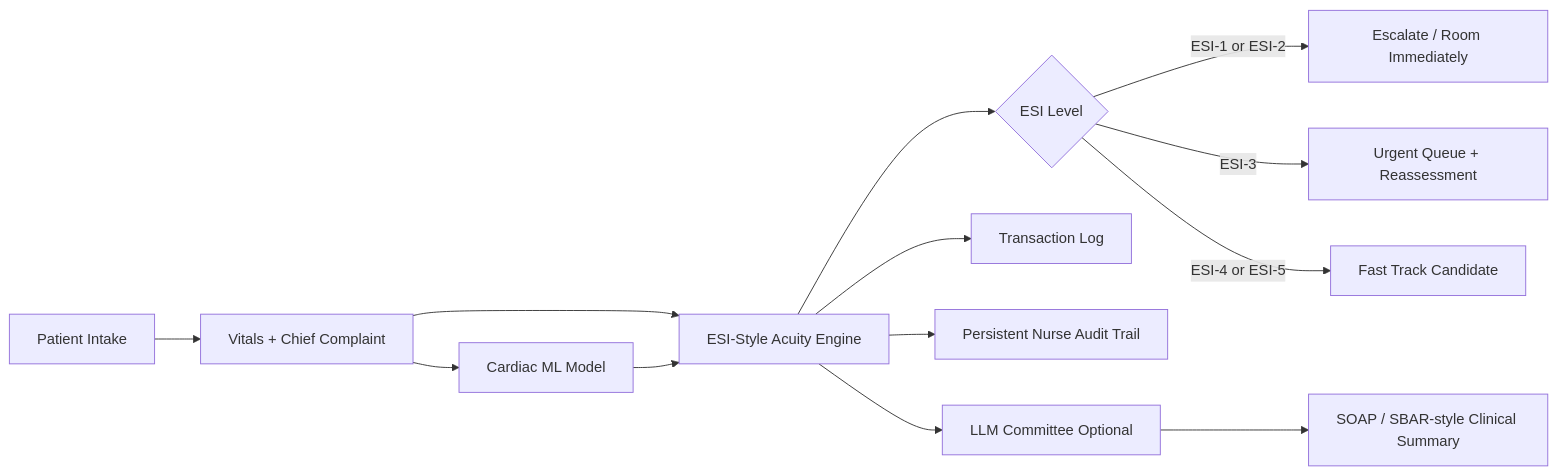
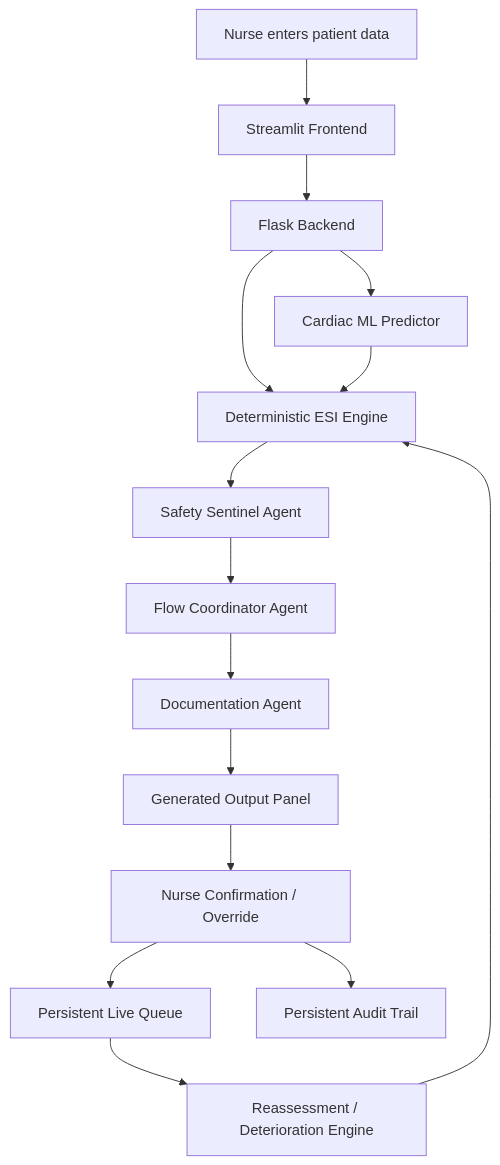
Before and after one commit to draculess99/Triage-Assist-AI: the first of 2 diagrams in README.md, drawn with Mermaid. The commit also changed other lines of this file, not shown here.

````diff
--- a/README.md
+++ b/README.md
@@ -63,15 +197,17 @@
 ```mermaid
-flowchart LR
-    A[Patient Intake] --> B[Vitals + Chief Complaint]
-    B --> C[Cardiac ML Model]
-    B --> D[ESI-Style Acuity Engine]
-    C --> D
-    D --> E{ESI Level}
-    E -->|ESI-1 or ESI-2| F[Escalate / Room Immediately]
-    E -->|ESI-3| G[Urgent Queue + Reassessment]
-    E -->|ESI-4 or ESI-5| H[Fast Track Candidate]
-    D --> I[Transaction Log]
-    D --> L[Persistent Nurse Audit Trail]
-    D --> J[LLM Committee Optional]
-    J --> K[SOAP / SBAR-style Clinical Summary]
+flowchart TD
+    A[Nurse enters patient data] --> B[Streamlit Frontend]
+    B --> C[Flask Backend]
+    C --> D[Cardiac ML Predictor]
+    C --> E[Deterministic ESI Engine]
+    D --> E
+    E --> F[Safety Sentinel Agent]
+    F --> G[Flow Coordinator Agent]
+    G --> H[Documentation Agent]
+    H --> I[Generated Output Panel]
+    I --> J[Nurse Confirmation / Override]
+    J --> K[Persistent Live Queue]
+    J --> L[Persistent Audit Trail]
+    K --> M[Reassessment / Deterioration Engine]
+    M --> E
 ```
````
